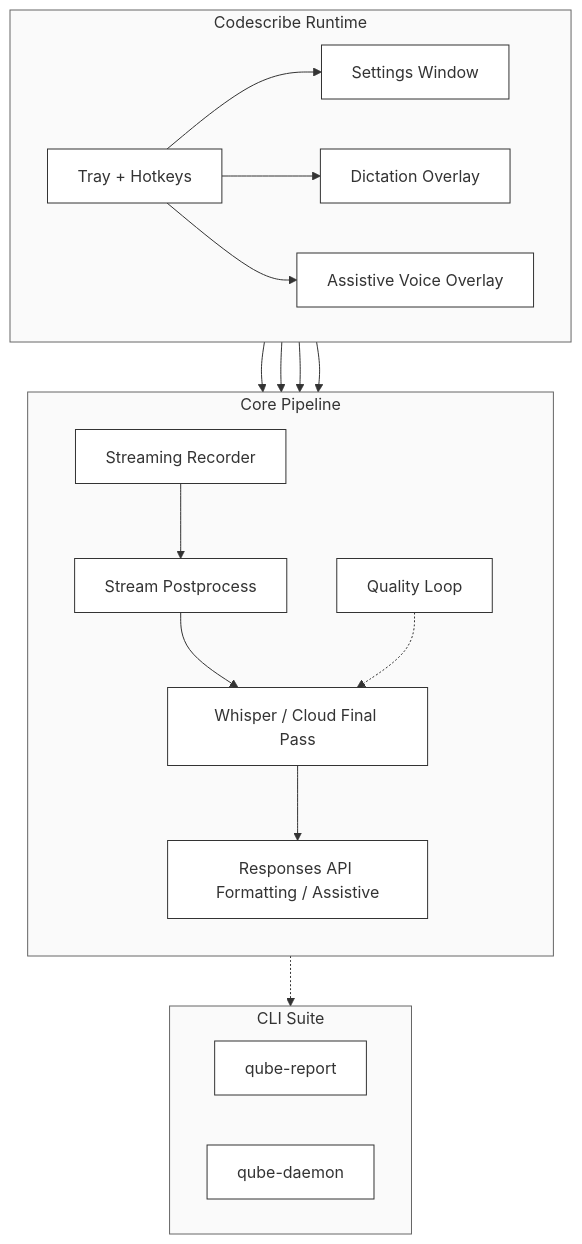
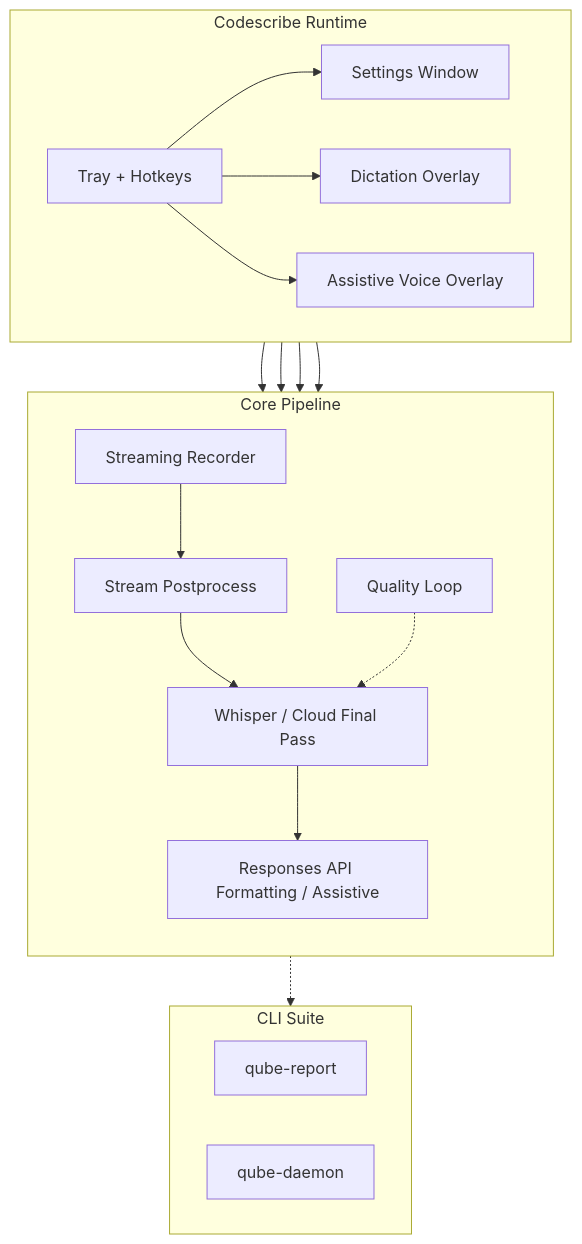
One commit to vetcoders/codescribe changed the first of 2 diagrams in README.md. Above: the diagram before and after it, drawn with Mermaid. The commit also changed other lines of this file and 4 other files, not shown here.

First line of the commit message:
[claude/interactive] docs(mermaid): fix diagram parsing and theme-hostile styling

````diff
--- a/README.md
+++ b/README.md
@@ -20,41 +20,36 @@
 ```mermaid
 flowchart TB
-    classDef default fill:#fff,stroke:#333,stroke-width:1px;
-    classDef box fill:#fafafa,stroke:#666,stroke-width:1px,stroke-dasharray: 0;
-
     subgraph APP[Codescribe Runtime]
         direction LR
         TRAY[Tray + Hotkeys]
         SET[Settings Window]
         OVL[Dictation Overlay]
         CHAT[Assistive Voice Overlay]
     end
 
     subgraph CORE[Core Pipeline]
         direction TB
         REC[Streaming Recorder]
         POST[Stream Postprocess]
         STT[Whisper / Cloud Final Pass]
         LLM[Responses API Formatting / Assistive]
         QL[Quality Loop]
     end
 
     subgraph TOOLS[CLI Suite]
         QCLI[qube-report]
         LCLI[qube-daemon]
     end
 
     TRAY --> SET
     TRAY --> OVL
     TRAY --> CHAT
     TRAY --> CORE
     SET --> CORE
     OVL --> CORE
     CHAT --> CORE
     REC --> POST --> STT
     STT --> LLM
     QL -.-> STT
     CORE -.-> TOOLS
-
-    class APP,CORE,TOOLS box
 ```
````
